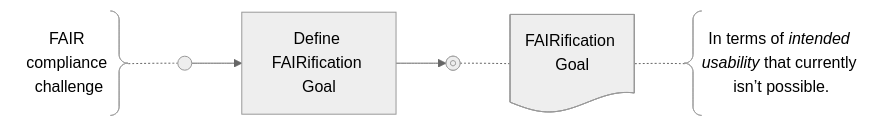
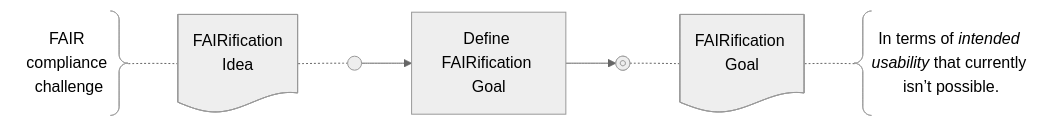
The diagram in pages/framework/diagrams-mmd/FAIRificationProcess-menu-01.mmd (elixir-europe/interoperability_2024-26), drawn with Mermaid (neutral theme) before and after one commit. The commit also changed 3 other files, not shown here.

```diff
--- a/pages/framework/diagrams-mmd/FAIRificationProcess-menu-01.mmd
+++ b/pages/framework/diagrams-mmd/FAIRificationProcess-menu-01.mmd
@@ -1,21 +1,22 @@
 %%{init: {
   "markdownAutoWrap": false
 }}%%
 flowchart LR;
-    A@{ shape: brace-r, label: "FAIR 
+    A1@{ shape: brace-r, label: "FAIR 
     compliance 
     challenge" }
+    A2@{ shape: doc, label: "FAIRification<br>Idea" }
     start@{ shape: sm-circ, label: "Small start" }
     PhaseI@{ shape: process, label: "Define 
     FAIRification 
     Goal"}
     finish@{ shape: framed-circle, label: "Stop" }
     B@{ shape: doc, label: "FAIRification 
     Goal" }
     B2@{ shape: brace, label: "In terms of *intended 
     usability* that currently 
     isn’t possible." }
-    A -.- start --> PhaseI --> finish -.- B -.- B2
+    A1 -.- A2 -.- start --> PhaseI --> finish -.- B -.- B2
 
     classDef C width:200,padding:0
     class B2 C
```
